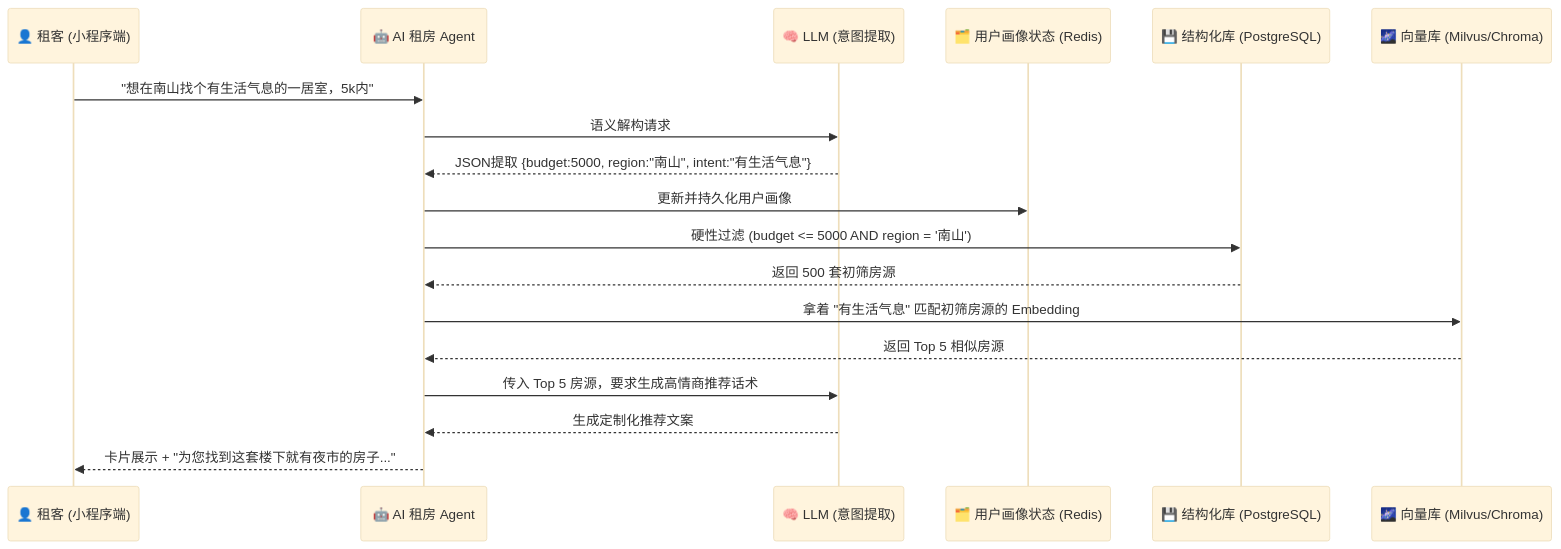
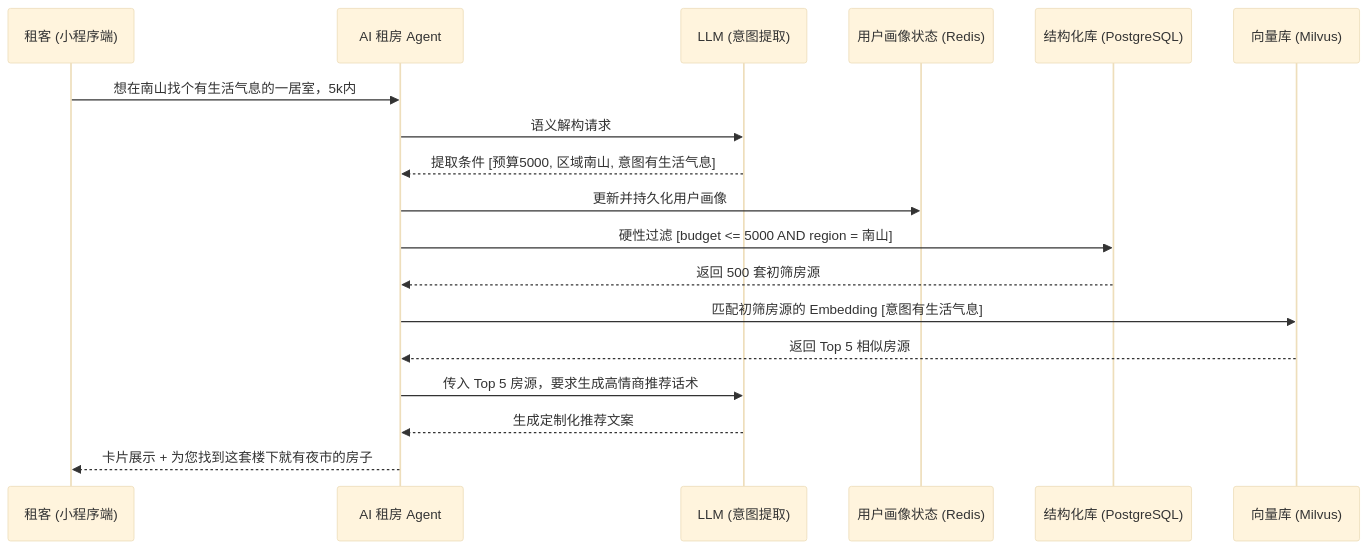
The diagram in README.md (ilucky666/R.E.N.T.), drawn with Mermaid (base theme) before and after one commit. The commit also changed other lines of this file, not shown here.

````diff
--- a/README.md
+++ b/README.md
@@ -39,21 +39,21 @@
 ```mermaid
 sequenceDiagram
-    participant User as 👤 租客 (小程序端)
-    participant Agent as 🤖 AI 租房 Agent
-    participant LLM as 🧠 LLM (意图提取)
-    participant State as 🗂️ 用户画像状态 (Redis)
-    participant SQL as 💾 结构化库 (PostgreSQL)
-    participant Vector as 🌌 向量库 (Milvus/Chroma)
+    participant User as 租客 (小程序端)
+    participant Agent as AI 租房 Agent
+    participant LLM as LLM (意图提取)
+    participant State as 用户画像状态 (Redis)
+    participant SQL as 结构化库 (PostgreSQL)
+    participant Vector as 向量库 (Milvus)
     
-    User->>Agent: "想在南山找个有生活气息的一居室，5k内"
+    User->>Agent: 想在南山找个有生活气息的一居室，5k内
     Agent->>LLM: 语义解构请求
-    LLM-->>Agent: JSON提取 {budget:5000, region:"南山", intent:"有生活气息"}
+    LLM-->>Agent: 提取条件 [预算5000, 区域南山, 意图有生活气息]
     Agent->>State: 更新并持久化用户画像
-    Agent->>SQL: 硬性过滤 (budget <= 5000 AND region = '南山')
+    Agent->>SQL: 硬性过滤 [budget <= 5000 AND region = 南山]
     SQL-->>Agent: 返回 500 套初筛房源
-    Agent->>Vector: 拿着 "有生活气息" 匹配初筛房源的 Embedding
+    Agent->>Vector: 匹配初筛房源的 Embedding [意图有生活气息]
     Vector-->>Agent: 返回 Top 5 相似房源
     Agent->>LLM: 传入 Top 5 房源，要求生成高情商推荐话术
     LLM-->>Agent: 生成定制化推荐文案
-    Agent-->>User: 卡片展示 + "为您找到这套楼下就有夜市的房子..."
+    Agent-->>User: 卡片展示 + 为您找到这套楼下就有夜市的房子
 ```
````
